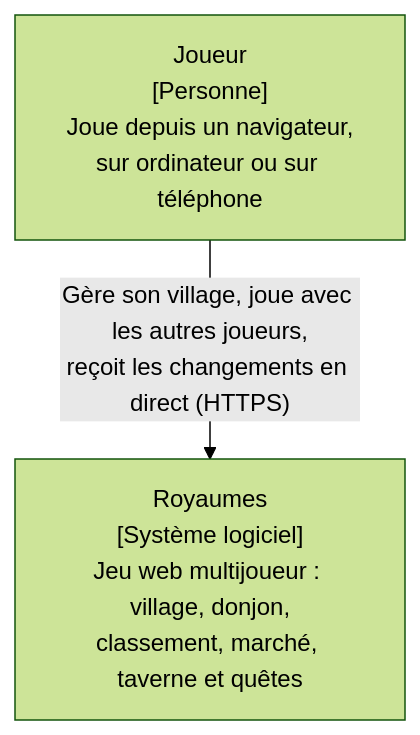
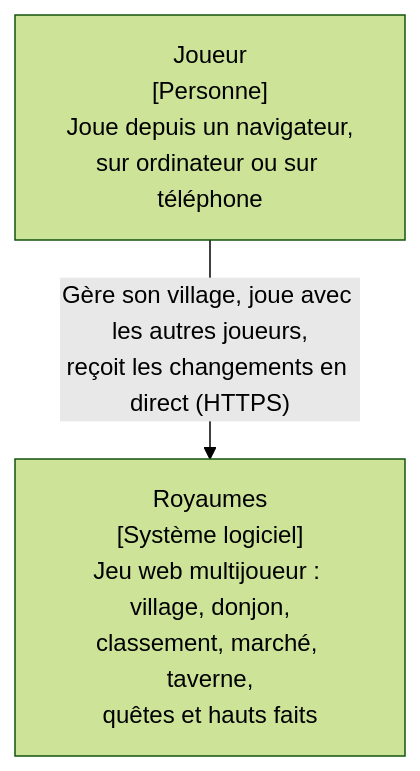
One commit to Titinite/Royaumes changed the first of 6 diagrams in docs/architecture.md. Above: the diagram before and after it, drawn with Mermaid (forest theme). The commit also changed other lines of this file and 9 other files, not shown here.

Commit message:
docs: documenter le module Hauts faits, ADR 12, revue de sécurité et rendu

````diff
--- a/docs/architecture.md
+++ b/docs/architecture.md
@@ -12,6 +12,6 @@
 ```mermaid
 flowchart TB
   joueur["Joueur<br/>[Personne]<br/>Joue depuis un navigateur,<br/>sur ordinateur ou sur téléphone"]
-  royaumes["Royaumes<br/>[Système logiciel]<br/>Jeu web multijoueur : village, donjon,<br/>classement, marché, taverne et quêtes"]
+  royaumes["Royaumes<br/>[Système logiciel]<br/>Jeu web multijoueur : village, donjon,<br/>classement, marché, taverne,<br/>quêtes et hauts faits"]
   joueur -->|"Gère son village, joue avec les autres joueurs,<br/>reçoit les changements en direct (HTTPS)"| royaumes
 ```
````
